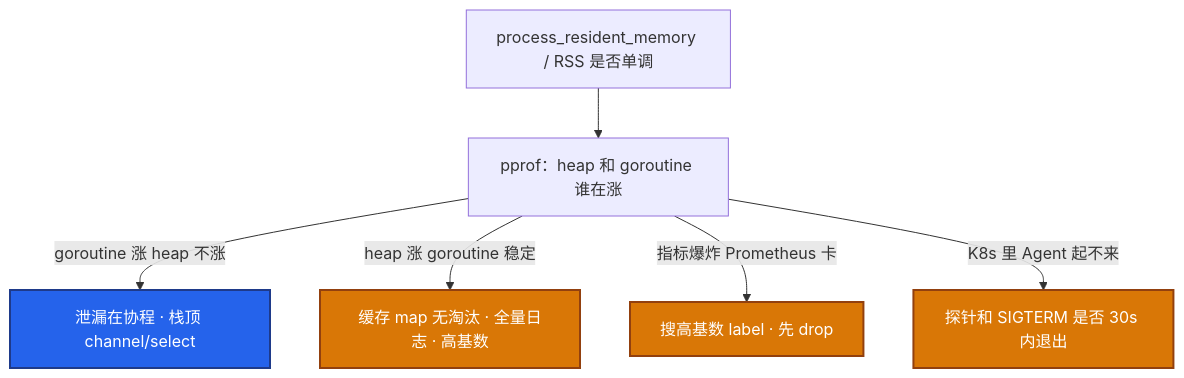
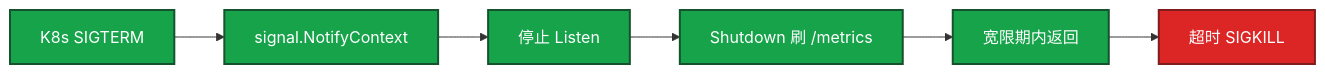
One commit to ml-cuizijun/LearnToLilith changed the fourth of 6 diagrams in 06-开发能力/03-Go运维工具/知识点.md. Above: the diagram before and after it, drawn with Mermaid. The commit also changed other lines of this file and 213 other files, not shown here.

````diff
--- a/06-开发能力/03-Go运维工具/知识点.md
+++ b/06-开发能力/03-Go运维工具/知识点.md
@@ -338,13 +358,13 @@
 ```mermaid
-flowchart TB
-    A[process_resident_memory / RSS 是否单调] --> B[pprof：heap 和 goroutine 谁在涨]
-    B -->|goroutine 涨 heap 不涨| C[泄漏在协程 · 栈顶 channel/select]
-    B -->|heap 涨 goroutine 稳定| D[缓存 map 无淘汰 · 全量日志 · 高基数]
-    B -->|指标爆炸 Prometheus 卡| E[搜高基数 label · 先 drop]
-    B -->|K8s 里 Agent 起不来| F[探针和 SIGTERM 是否 30s 内退出]
+flowchart LR
+    A[K8s SIGTERM] --> B[signal.NotifyContext]
+    B --> C[停止 Listen]
+    C --> D[Shutdown 刷 /metrics]
+    D --> E[宽限期内返回]
+    E --> F[超时 SIGKILL]
 
-    classDef go fill:#2563EB,stroke:#1E3A8A,stroke-width:2px,color:#fff
-    classDef warn fill:#D97706,stroke:#92400E,stroke-width:2px,color:#fff
-    class C go
-    class D,E,F warn
+    classDef ok fill:#16A34A,stroke:#14532D,stroke-width:2px,color:#fff
+    classDef bad fill:#DC2626,stroke:#7F1D1D,stroke-width:2px,color:#fff
+    class A,B,C,D,E ok
+    class F bad
 ```
````
